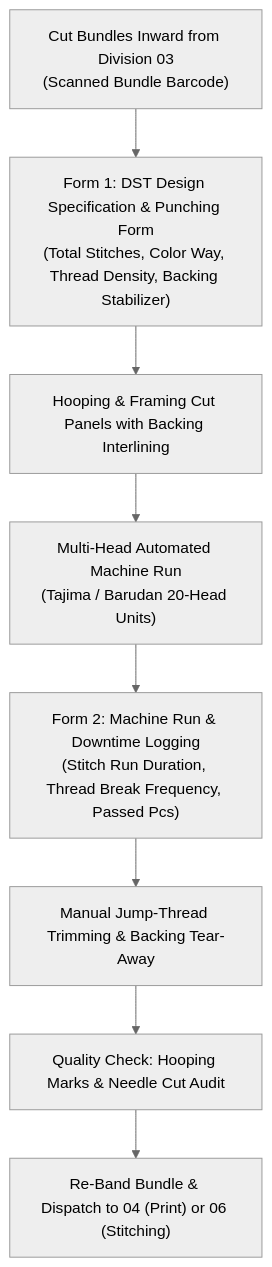
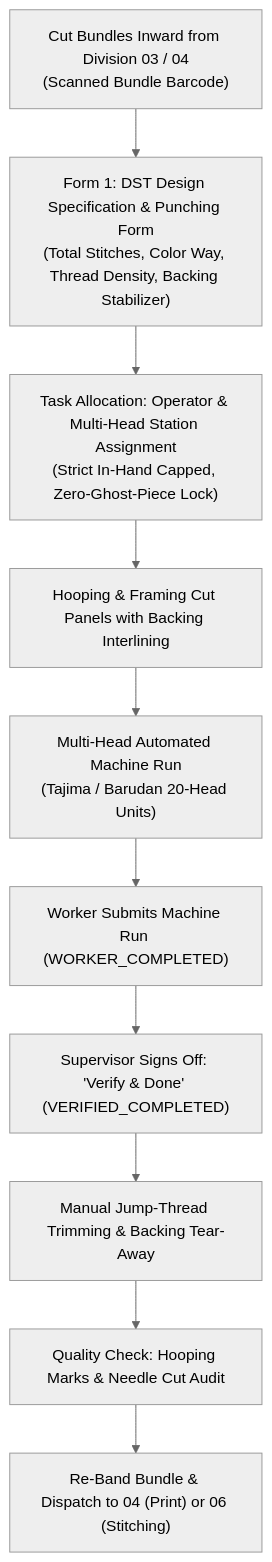
The sixth of 13 diagrams in docs_logic/ZIGZA_MES_ENTERPRISE_BUSINESS_LOGIC_OPERATIONS_MANUAL.md (Nubi-sync/nubira-web-admin), drawn with Mermaid (neutral theme) before and after one commit. The commit also changed other lines of this file and 12 other files, not shown here.

Commit message:
docs: add comprehensive backend architecture specifications, portal guides, and enterprise business logic manuals

````diff
--- a/docs_logic/ZIGZA_MES_ENTERPRISE_BUSINESS_LOGIC_OPERATIONS_MANUAL.md
+++ b/docs_logic/ZIGZA_MES_ENTERPRISE_BUSINESS_LOGIC_OPERATIONS_MANUAL.md
@@ -381,10 +384,12 @@
 ```mermaid
 flowchart TD
-    A["Cut Bundles Inward from Division 03\n(Scanned Bundle Barcode)"] --> B["Form 1: DST Design Specification & Punching Form\n(Total Stitches, Color Way, Thread Density, Backing Stabilizer)"]
-    B --> C["Hooping & Framing Cut Panels with Backing Interlining"]
-    C --> D["Multi-Head Automated Machine Run\n(Tajima / Barudan 20-Head Units)"]
-    D --> E["Form 2: Machine Run & Downtime Logging\n(Stitch Run Duration, Thread Break Frequency, Passed Pcs)"]
-    E --> F["Manual Jump-Thread Trimming & Backing Tear-Away"]
-    F --> G["Quality Check: Hooping Marks & Needle Cut Audit"]
-    G --> H["Re-Band Bundle & Dispatch to 04 (Print) or 06 (Stitching)"]
+    A["Cut Bundles Inward from Division 03 / 04\n(Scanned Bundle Barcode)"] --> B["Form 1: DST Design Specification & Punching Form\n(Total Stitches, Color Way, Thread Density, Backing Stabilizer)"]
+    B --> C["Task Allocation: Operator & Multi-Head Station Assignment\n(Strict In-Hand Capped, Zero-Ghost-Piece Lock)"]
+    C --> D["Hooping & Framing Cut Panels with Backing Interlining"]
+    D --> E["Multi-Head Automated Machine Run\n(Tajima / Barudan 20-Head Units)"]
+    E --> F["Worker Submits Machine Run (WORKER_COMPLETED)"]
+    F --> G["Supervisor Signs Off: 'Verify & Done' (VERIFIED_COMPLETED)"]
+    G --> H["Manual Jump-Thread Trimming & Backing Tear-Away"]
+    H --> I["Quality Check: Hooping Marks & Needle Cut Audit"]
+    I --> J["Re-Band Bundle & Dispatch to 04 (Print) or 06 (Stitching)"]
 ```
````
